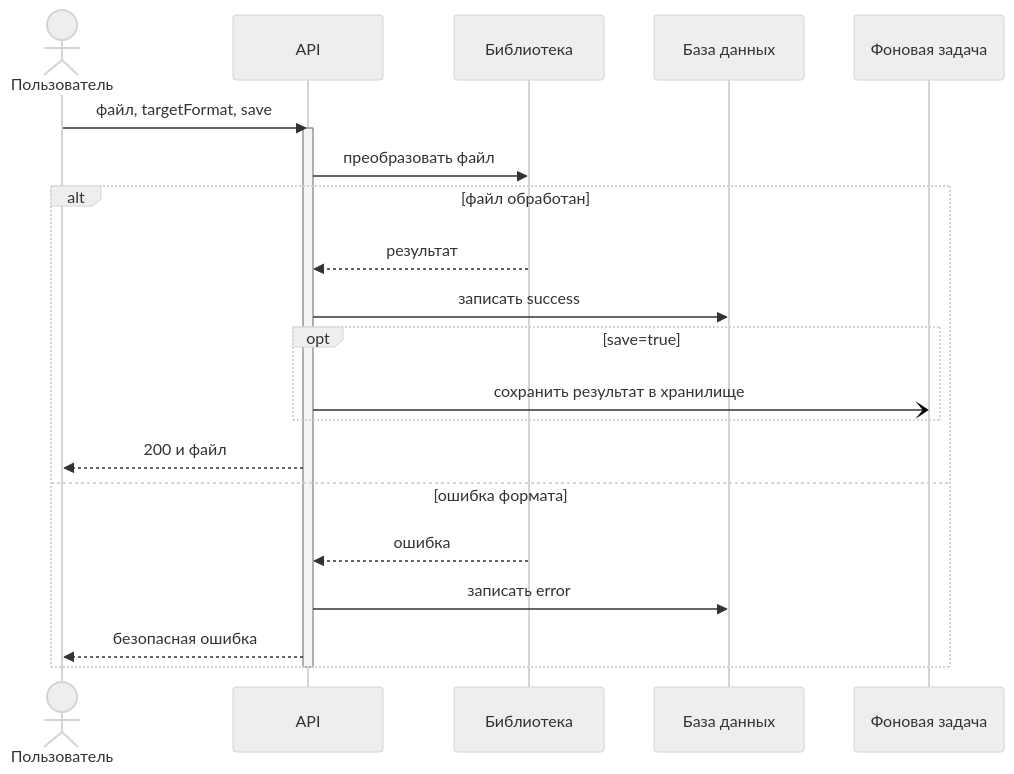
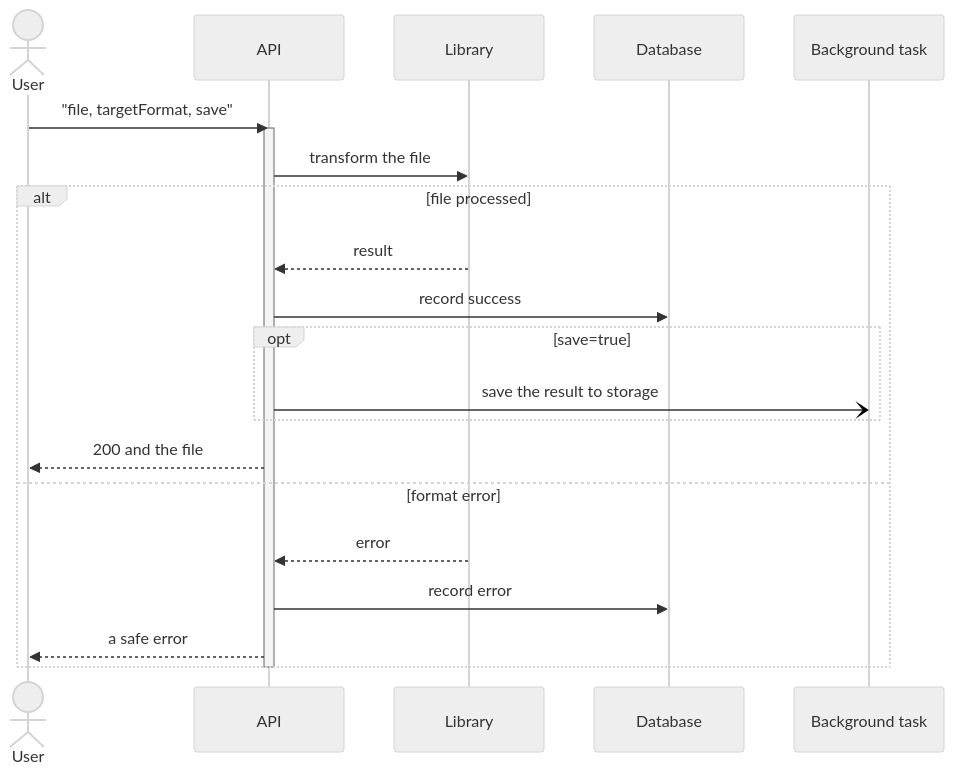
One commit to pavel-skripko-innowise/inno-fe-be-a1 changed the fourth of 8 diagrams in courses-content/backend/A/1/en/0.2 UML-диаграммы.md. Above: the diagram before and after it, drawn with Mermaid (neutral theme). The commit also changed other lines of this file and 35 other files, not shown here.

````diff
--- a/courses-content/backend/A/1/en/0.2 UML-диаграммы.md
+++ b/courses-content/backend/A/1/en/0.2 UML-диаграммы.md
@@ -168,24 +168,24 @@
 ```mermaid
 sequenceDiagram
-  actor U as Пользователь
+  actor U as User
   participant A as API
-  participant L as Библиотека
-  participant D as База данных
-  participant W as Фоновая задача
-  U->>A: файл, targetFormat, save
+  participant L as Library
+  participant D as Database
+  participant W as Background task
+  U->>A: "file, targetFormat, save"
   activate A
-  A->>L: преобразовать файл
-  alt файл обработан
-    L-->>A: результат
-    A->>D: записать success
+  A->>L: transform the file
+  alt file processed
+    L-->>A: result
+    A->>D: record success
     opt save=true
-      A-)W: сохранить результат в хранилище
+      A-)W: save the result to storage
     end
-    A-->>U: 200 и файл
-  else ошибка формата
-    L-->>A: ошибка
-    A->>D: записать error
-    A-->>U: безопасная ошибка
+    A-->>U: 200 and the file
+  else format error
+    L-->>A: error
+    A->>D: record error
+    A-->>U: a safe error
   end
   deactivate A
 ```
````
